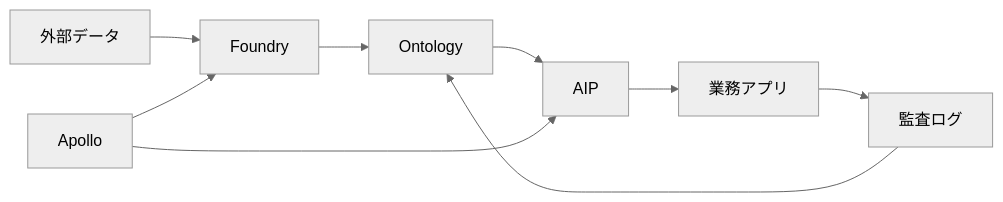
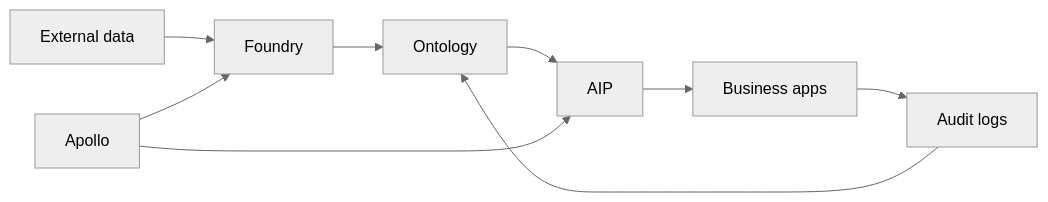
The first of 5 diagrams in content/blog/en/palantir-operational-ai-platform.mdx (daylight55/research), drawn with Mermaid (neutral theme) before and after one commit. The commit also changed other lines of this file and 26 other files, not shown here.

Commit message:
Translate English Mermaid labels

````diff
--- a/content/blog/en/palantir-operational-ai-platform.mdx
+++ b/content/blog/en/palantir-operational-ai-platform.mdx
@@ -29,11 +29,11 @@
 ```mermaid
 flowchart LR
-  A["外部データ"] --> B["Foundry"]
+  A["External data"] --> B["Foundry"]
   B --> C["Ontology"]
   C --> D["AIP"]
-  D --> E["業務アプリ"]
-  E --> F["監査ログ"]
+  D --> E["Business apps"]
+  E --> F["Audit logs"]
   F --> C
   G["Apollo"] --> B
   G --> D
 ```
````
